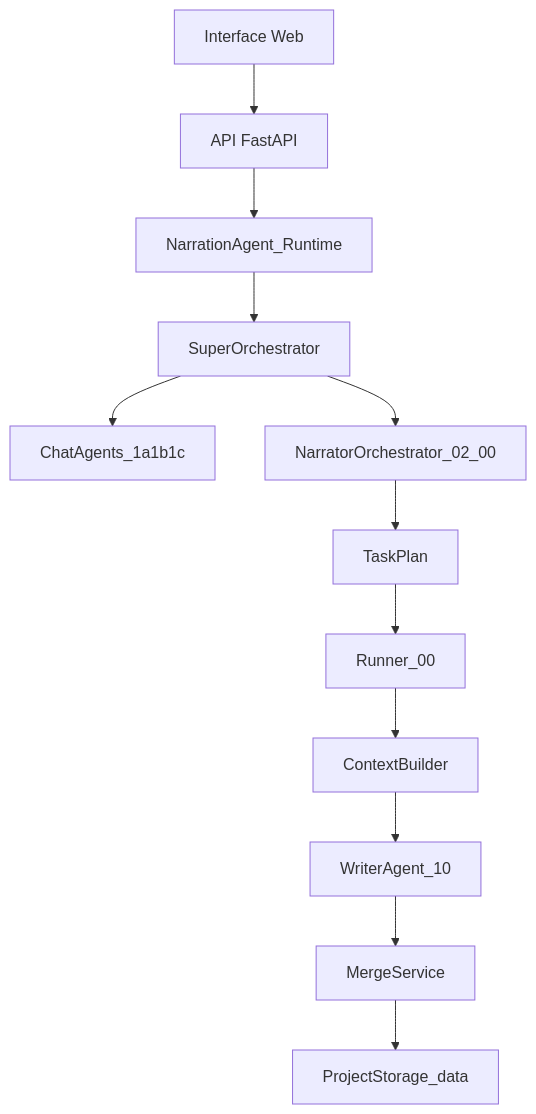
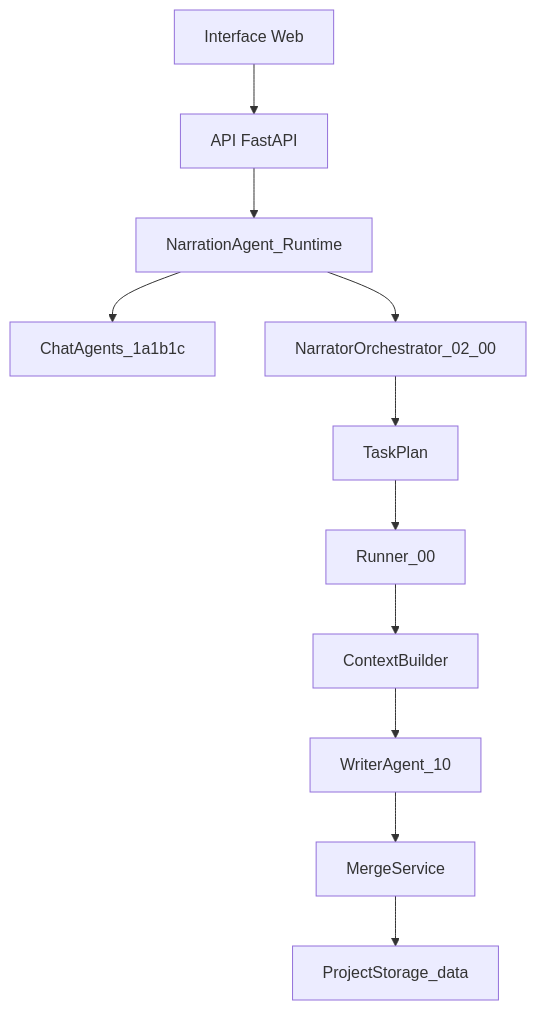
Before and after one commit to theofabrica/Narrations: the diagram in app/narration_agent/ARCHITECTURE.md, drawn with Mermaid. The commit also changed other lines of this file and 71 other files, not shown here.

````diff
--- a/app/narration_agent/ARCHITECTURE.md
+++ b/app/narration_agent/ARCHITECTURE.md
@@ -50,14 +49,13 @@
 ```mermaid
 flowchart TD
   UI["Interface Web"] --> API["API FastAPI"]
   API --> NA["NarrationAgent_Runtime"]
-  NA --> SO["SuperOrchestrator"]
-  SO --> Chat["ChatAgents_1a1b1c"]
-  SO --> NOrch["NarratorOrchestrator_02_00"]
+  NA --> Chat["ChatAgents_1a1b1c"]
+  NA --> NOrch["NarratorOrchestrator_02_00"]
   NOrch --> Plan["TaskPlan"]
   Plan --> Runner["Runner_00"]
   Runner --> Ctx["ContextBuilder"]
   Ctx --> Writer["WriterAgent_10"]
   Writer --> Merge["MergeService"]
   Merge --> Store["ProjectStorage_data"]
 ```
````
